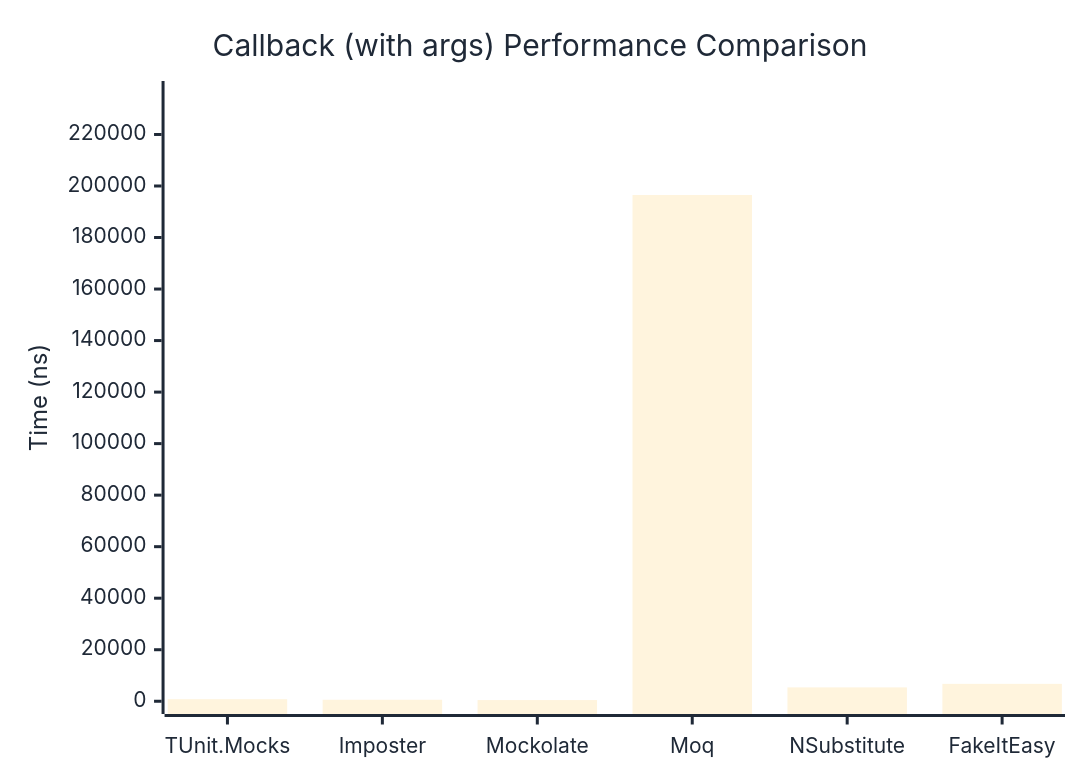
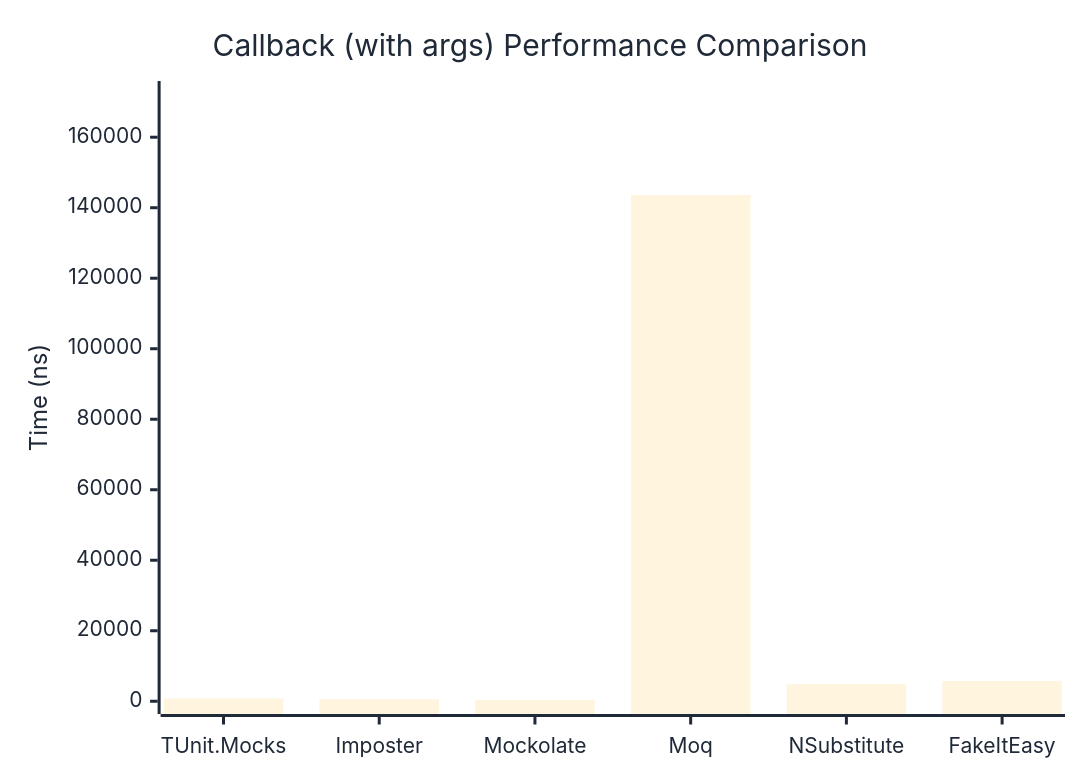
The second of 2 diagrams in docs/docs/benchmarks/mocks/Callback.md (thomhurst/TUnit), drawn with Mermaid before and after one commit. The commit also changed other lines of this file and 14 other files, not shown here.

````diff
--- a/docs/docs/benchmarks/mocks/Callback.md
+++ b/docs/docs/benchmarks/mocks/Callback.md
@@ -69,27 +69,27 @@
 ```mermaid
 %%{init: {
   'theme':'base',
   'themeVariables': {
     'primaryColor': '#2563eb',
     'primaryTextColor': '#1f2937',
     'primaryBorderColor': '#1e40af',
     'lineColor': '#6b7280',
     'secondaryColor': '#7c3aed',
     'tertiaryColor': '#dc2626',
     'background': '#ffffff',
     'pie1': '#2563eb',
     'pie2': '#7c3aed',
     'pie3': '#dc2626',
     'pie4': '#f59e0b',
     'pie5': '#10b981',
     'pie6': '#06b6d4',
     'pie7': '#ec4899',
     'pie8': '#6366f1'
   }
 }}%%
 xychart-beta
   title "Callback (with args) Performance Comparison"
   x-axis ["TUnit.Mocks", "Imposter", "Mockolate", "Moq", "NSubstitute", "FakeItEasy"]
-  y-axis "Time (ns)" 0 --> 235806
-  bar [799.1, 582.3, 457.7, 196504.7, 5381, 6758]
+  y-axis "Time (ns)" 0 --> 172331
+  bar [784.9, 565.1, 404.4, 143608.6, 4832.2, 5756.5]
 ```
````
